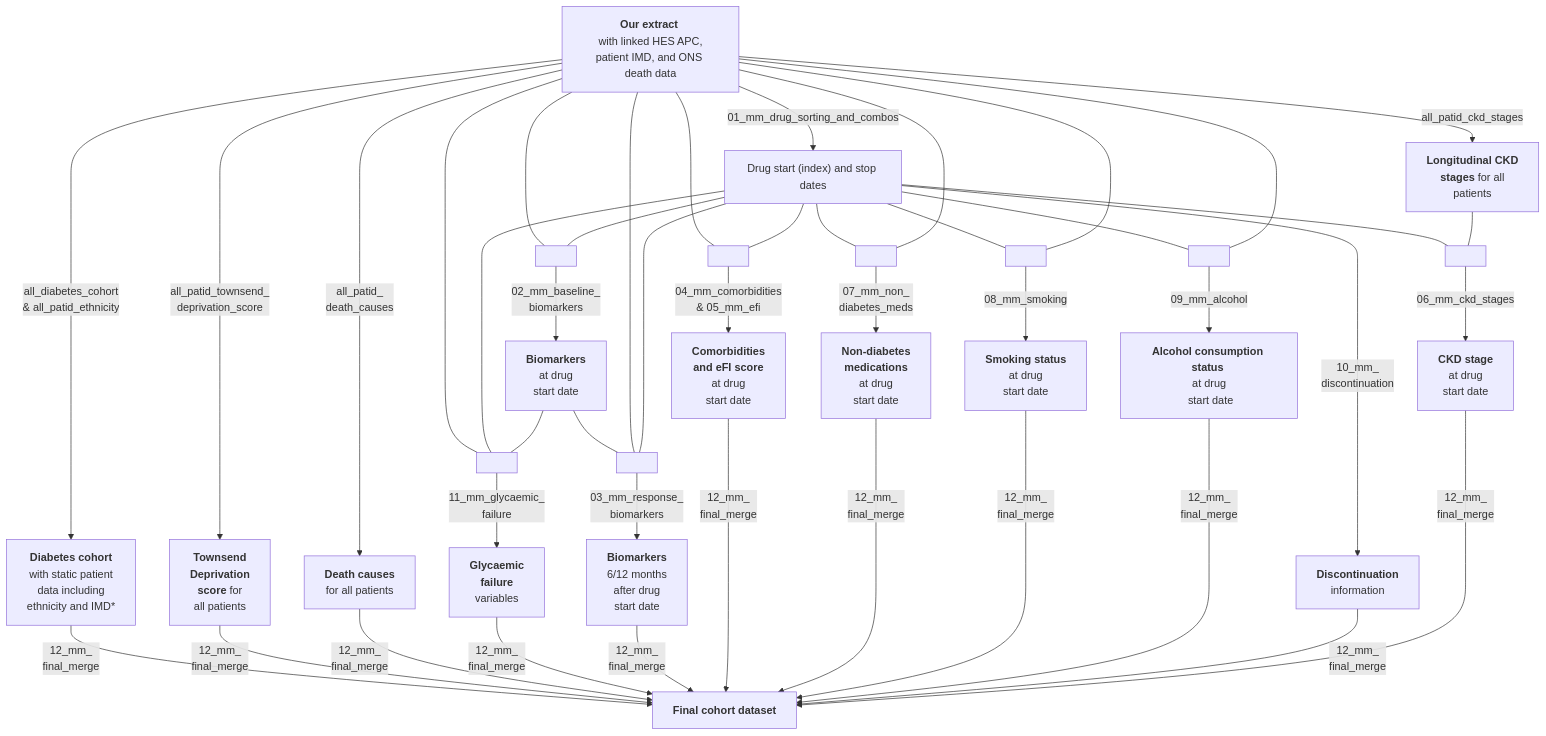
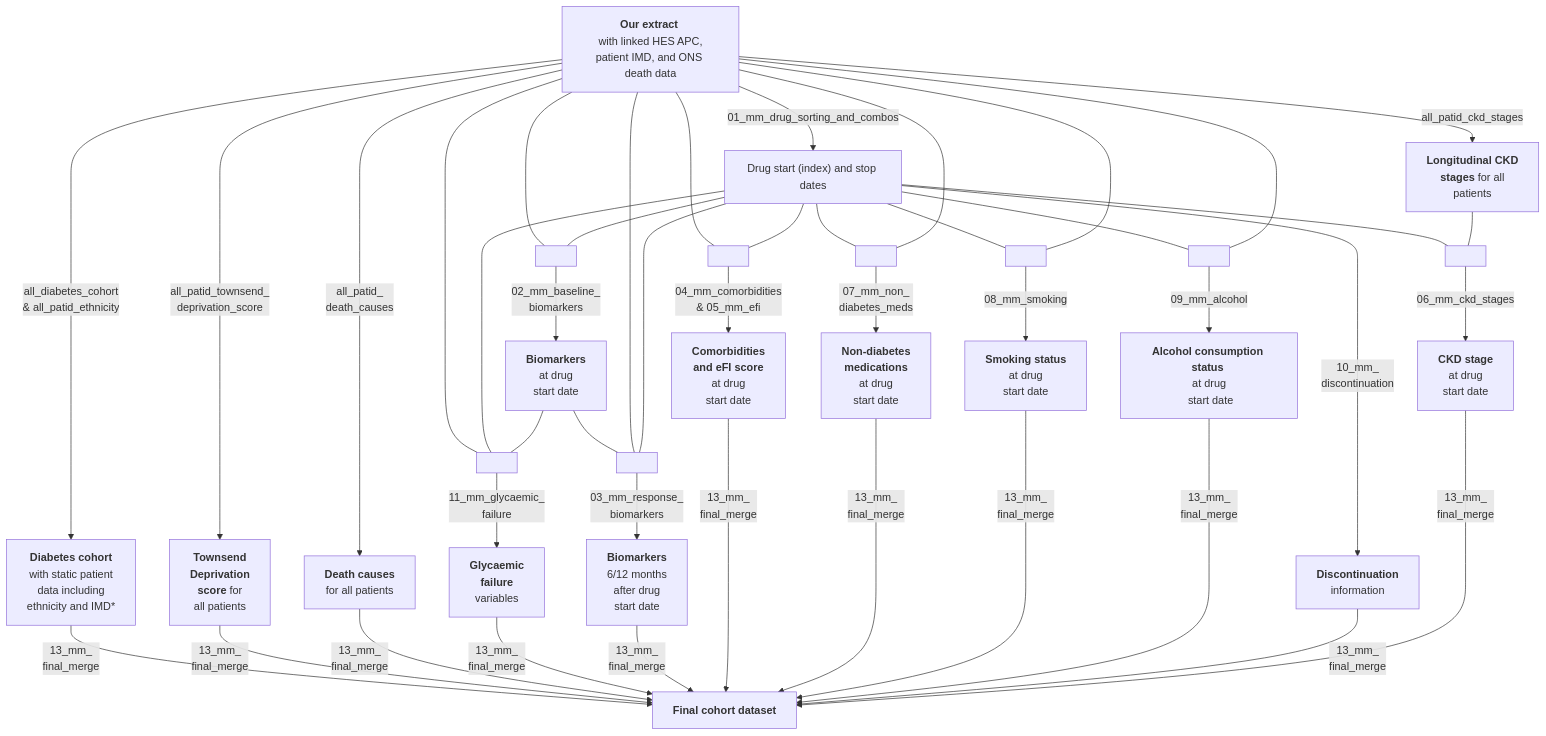
Before and after one commit to Exeter-Diabetes/CPRD-Cohort-scripts: the diagram in 03-Treatment-response-(MASTERMIND)/README.md, drawn with Mermaid. The commit also changed other lines of this file, not shown here.

Commit message:
New flowchart showing the new script.

````diff
--- a/03-Treatment-response-(MASTERMIND)/README.md
+++ b/03-Treatment-response-(MASTERMIND)/README.md
@@ -20,56 +20,56 @@
 ```mermaid
 graph TD;
     A["<b>Our extract</b> <br> with linked HES APC, patient IMD, and ONS death data"] --> |"all_diabetes_cohort <br> & all_patid_ethnicity"|B["<b>Diabetes cohort<br></b> with static patient <br>data including <br>ethnicity and IMD*"]
     A-->|"all_patid_townsend_<br>deprivation_score"|N["<b>Townsend<br> Deprivation<br>score</b> for<br> all patients"]
     A-->|"all_patid_<br>death_causes"|O["<b>Death causes</b><br>for all patients"]
     A-->|"01_mm_drug_sorting_and_combos"|H["Drug start (index) and stop dates"]
 
     A---P[ ]:::empty
     H---P
     E---P
     P-->|"11_mm_glycaemic_<br>failure"|Q["<b>Glycaemic<br>failure</b><br>variables"]
 
     A---Y[ ]:::empty
     H---Y
     Y-->|"02_mm_baseline_<br>biomarkers"|E["<b>Biomarkers</b> <br> at drug <br> start date"]
 
     E---T[ ]:::empty
     A---T
     H---T
     T-->|"03_mm_response_<br>biomarkers"|L["<b>Biomarkers</b> <br> 6/12 months <br> after drug <br>start date"]
     
     A---W[ ]:::empty
     H---W
     W-->|"04_mm_comorbidities<br>& 05_mm_efi"|F["<b>Comorbidities<br>and eFI score</b> <br> at drug <br> start date"]
     
     H---U[ ]:::empty
     A---U
     U-->|"07_mm_non_<br>diabetes_meds"|M["<b>Non-diabetes <br>medications</b> <br> at drug <br> start date"]
     
     H---X[ ]:::empty
     A---X
     X-->|"08_mm_smoking"|G["<b>Smoking status</b> <br> at drug <br> start date"]
     
     H-->|"10_mm_<br>discontinuation"|V["<b>Discontinuation</b><br> information"]
 
     H---R[ ]:::empty
     A---R
     R-->|"09_mm_alcohol"|D["<b>Alcohol consumption status</b> <br> at drug <br> start date"]
  
     A-->|"all_patid_ckd_stages"|C["<b>Longitudinal CKD <br> stages</b> for all <br> patients"]
     H---Z[ ]:::empty
     C---Z
     Z-->|"06_mm_ckd_stages"|I["<b>CKD stage </b> <br> at drug <br> start date"]
 
-    B-->|"12_mm_<br>final_merge"|J["<b>Final cohort dataset</b>"]
-    N-->|"12_mm_<br>final_merge"|J
-    O-->|"12_mm_<br>final_merge"|J
-    Q-->|"12_mm_<br>final_merge"|J
-    L-->|"12_mm_<br>final_merge"|J
-    F-->|"12_mm_<br>final_merge"|J
-    M-->|"12_mm_<br>final_merge"|J  
-    G-->|"12_mm_<br>final_merge"|J
-    D-->|"12_mm_<br>final_merge"|J
-    V-->|"12_mm_<br>final_merge"|J
-    I-->|"12_mm_<br>final_merge"|J  
+    B-->|"13_mm_<br>final_merge"|J["<b>Final cohort dataset</b>"]
+    N-->|"13_mm_<br>final_merge"|J
+    O-->|"13_mm_<br>final_merge"|J
+    Q-->|"13_mm_<br>final_merge"|J
+    L-->|"13_mm_<br>final_merge"|J
+    F-->|"13_mm_<br>final_merge"|J
+    M-->|"13_mm_<br>final_merge"|J  
+    G-->|"13_mm_<br>final_merge"|J
+    D-->|"13_mm_<br>final_merge"|J
+    V-->|"13_mm_<br>final_merge"|J
+    I-->|"13_mm_<br>final_merge"|J  
 ```
````
